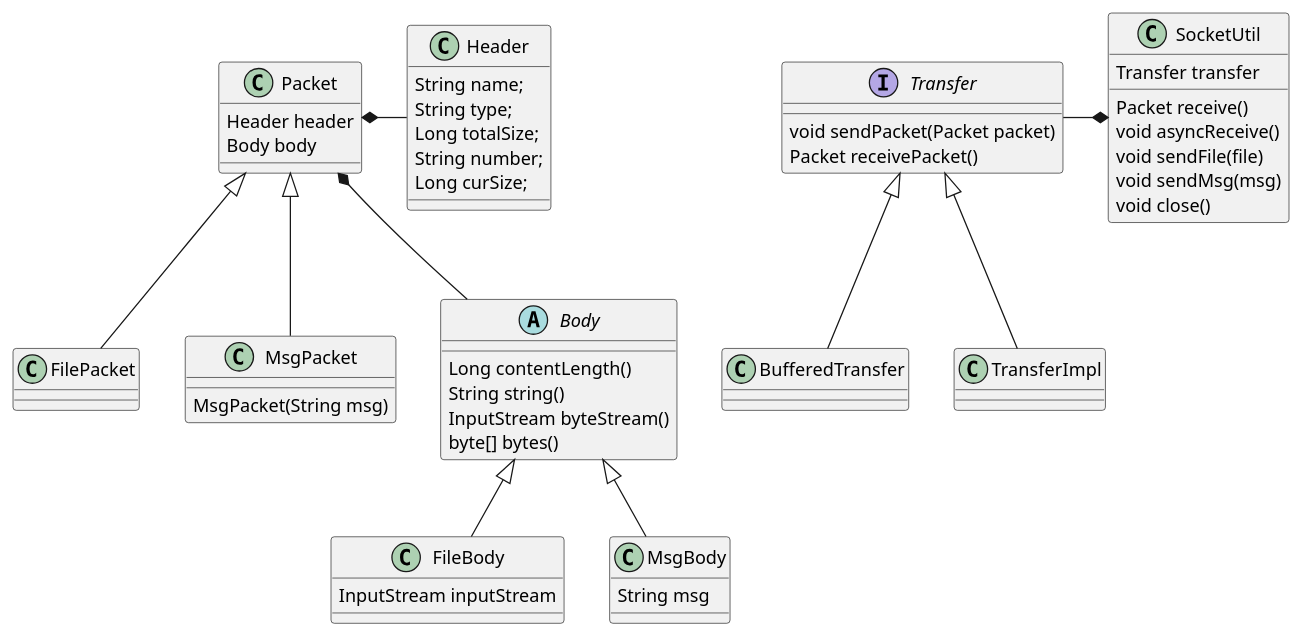
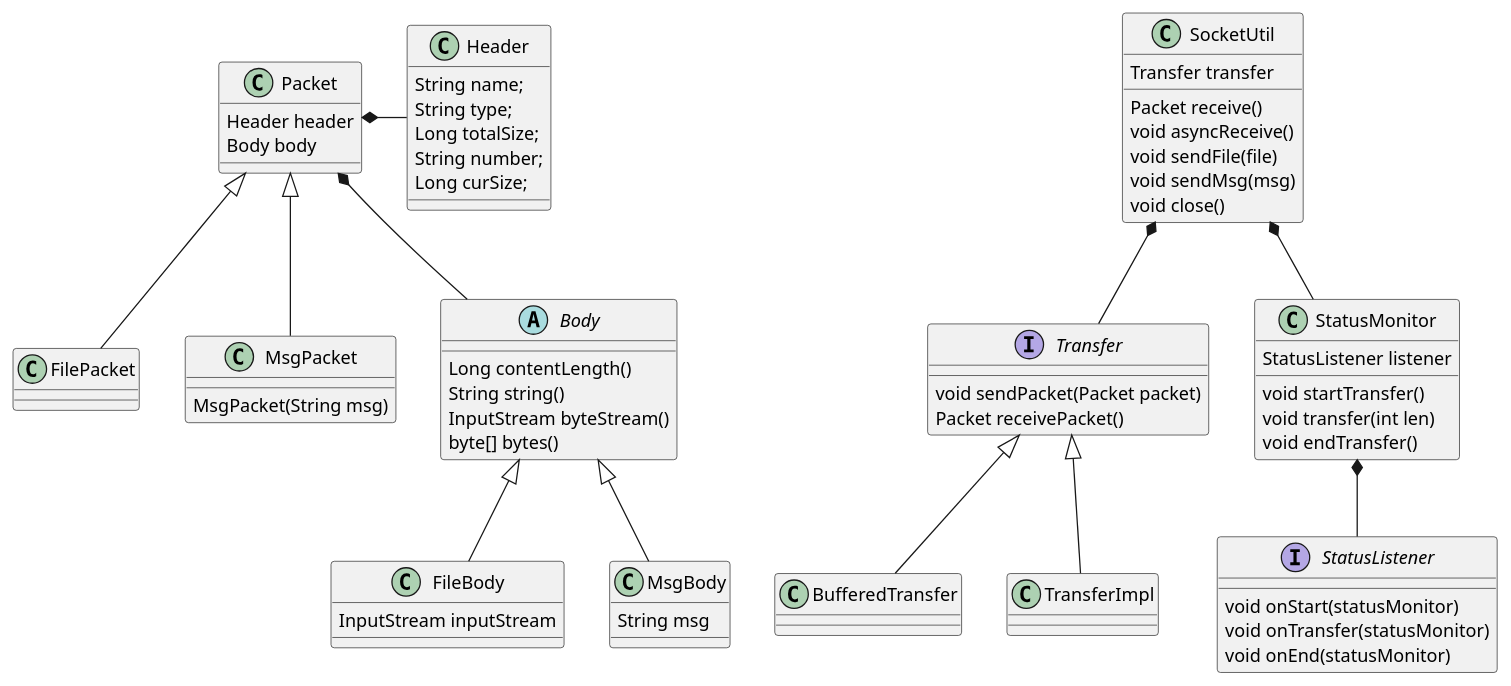
The diagram in inaction/fun/uml.puml (hahaha28/Transfer-core), drawn with PlantUML before and after one commit. The commit also changed 8 other files, not shown here.

```diff
--- a/inaction/fun/uml.puml
+++ b/inaction/fun/uml.puml
@@ -1,65 +1,80 @@
 @startuml
 
 
 
 class Packet{
     Header header
     Body body
 }
 class FilePacket{
 
 }
 class MsgPacket{
     MsgPacket(String msg)
 }
 Packet <|-- FilePacket
 Packet <|-- MsgPacket
 
 class Header{
     String name;
     String type;
     Long totalSize;
     String number;
     Long curSize;
 }
 
 abstract class Body{
     Long contentLength()
     String string()
     InputStream byteStream()
     byte[] bytes()
 }
 class FileBody{
     InputStream inputStream
 }
 class MsgBody{
     String msg
 }
 Body <|-- FileBody
 Body <|-- MsgBody
 Packet *-- Body
 Packet *- Header
 
 interface Transfer{
     void sendPacket(Packet packet)
     Packet receivePacket()
 }
 class BufferedTransfer{
 
 }
 class TransferImpl
 Transfer <|-- BufferedTransfer
 Transfer <|-- TransferImpl
 
 class SocketUtil{
      Transfer transfer
 
     Packet receive()
     void asyncReceive()
     void sendFile(file)
     void sendMsg(msg)
     void close()
 }
-Transfer -* SocketUtil
+
+
+class StatusMonitor{
+    StatusListener listener
+    void startTransfer()
+    void transfer(int len)
+    void endTransfer()
+}
+interface StatusListener{
+    void onStart(statusMonitor)
+    void onTransfer(statusMonitor)
+    void onEnd(statusMonitor)
+}
+StatusMonitor *-- StatusListener
+SocketUtil *-- Transfer
+SocketUtil *-- StatusMonitor
 
 @enduml
```
